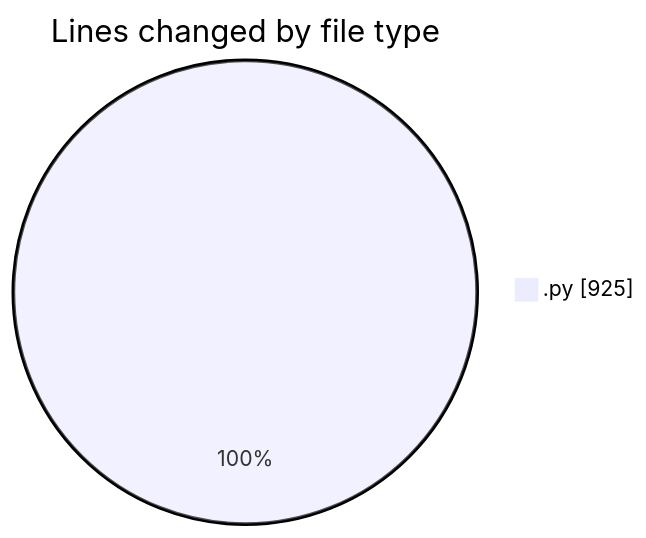
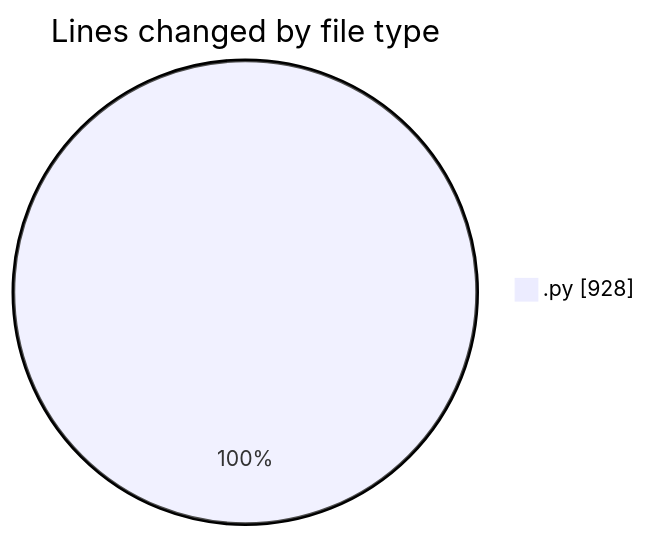
The first of 2 diagrams in 2025-11-27/eventscop-api-guide__workspace_/README.md (julien-gomy/code-tracking), drawn with Mermaid before and after one commit. The commit also changed other lines of this file and 1 other file, not shown here.

````diff
--- a/2025-11-27/eventscop-api-guide__workspace_/README.md
+++ b/2025-11-27/eventscop-api-guide__workspace_/README.md
@@ -20,5 +20,5 @@
 ```mermaid
 pie showData
 title Lines changed by file type
-".py" : 925
+".py" : 928
 ```
````
